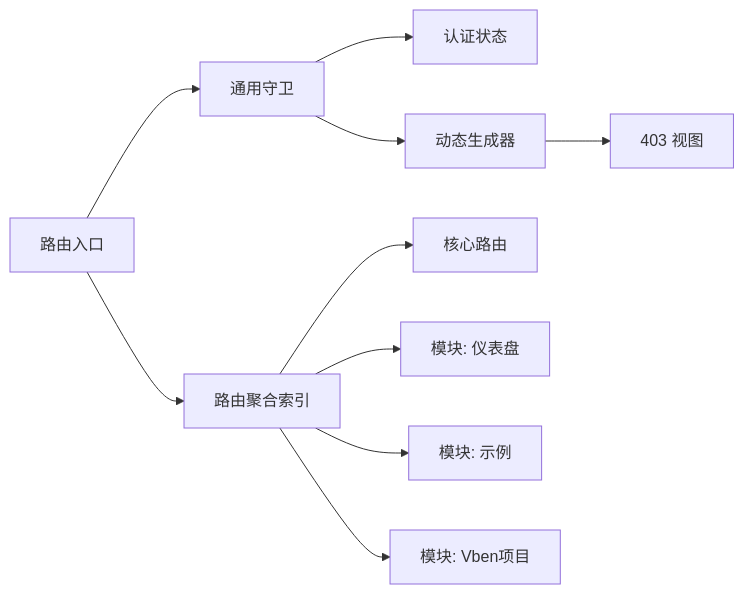
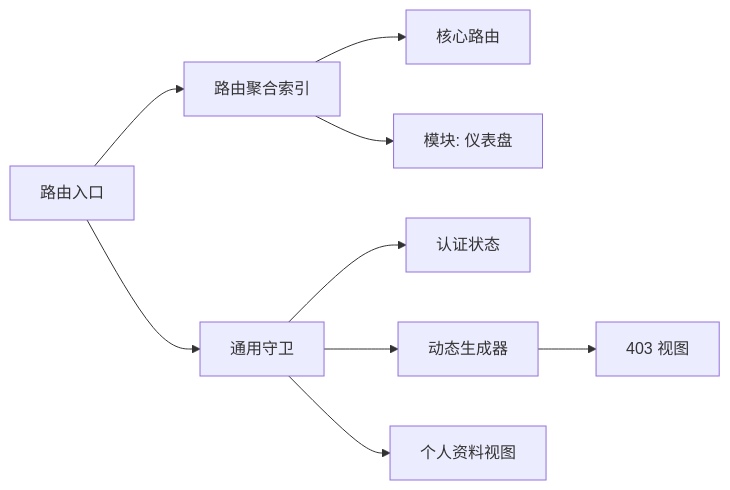
One commit to ShiRuYu/shiyu-ui changed the third of 3 diagrams in .qoder/repowiki/zh/content/架构设计/路由系统架构.md. Above: the diagram before and after it, drawn with Mermaid. The commit also changed other lines of this file and 37 other files, not shown here.

````diff
--- a/.qoder/repowiki/zh/content/架构设计/路由系统架构.md
+++ b/.qoder/repowiki/zh/content/架构设计/路由系统架构.md
@@ -268,12 +281,11 @@
 ```mermaid
 graph LR
 RIndex["路由入口"] --> RRoutesIdx["路由聚合索引"]
 RIndex --> RGuard["通用守卫"]
 RGuard --> SAuth["认证状态"]
 RGuard --> RAccess["动态生成器"]
 RAccess --> VFb403["403 视图"]
 RRoutesIdx --> RCore["核心路由"]
 RRoutesIdx --> RModDash["模块: 仪表盘"]
-RRoutesIdx --> RModDemos["模块: 示例"]
-RRoutesIdx --> RModVben["模块: Vben项目"]
+RGuard --> VProfile["个人资料视图"]
 ```
````
